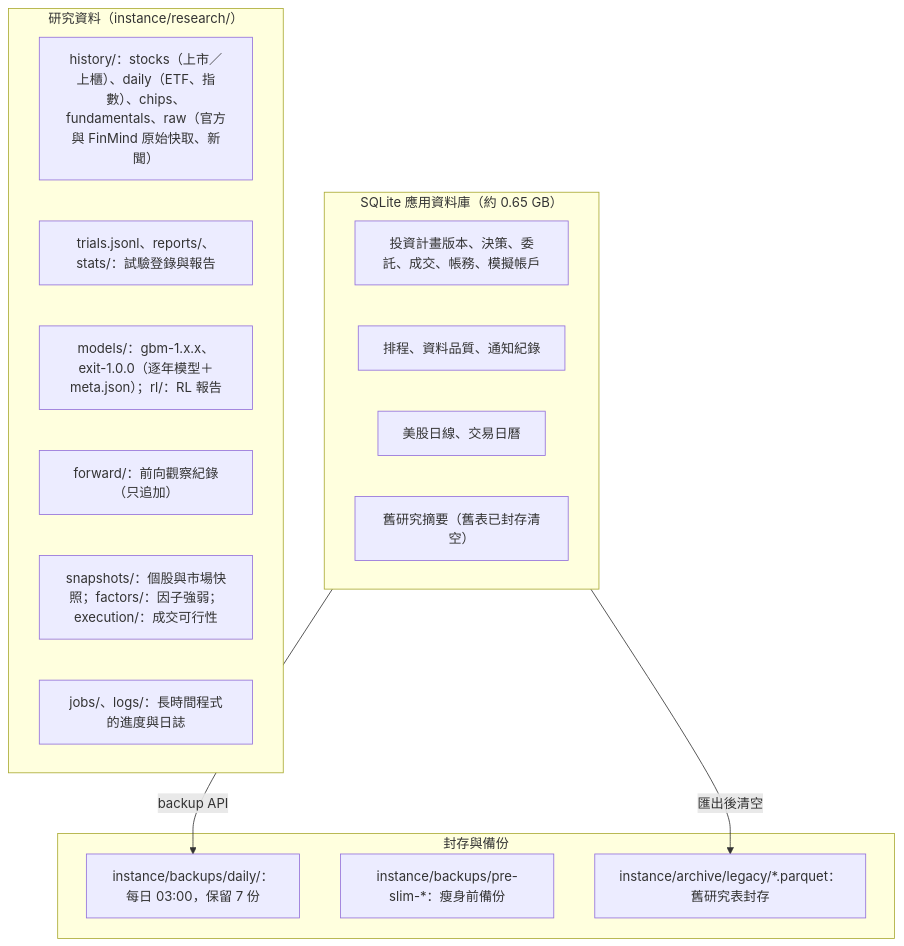
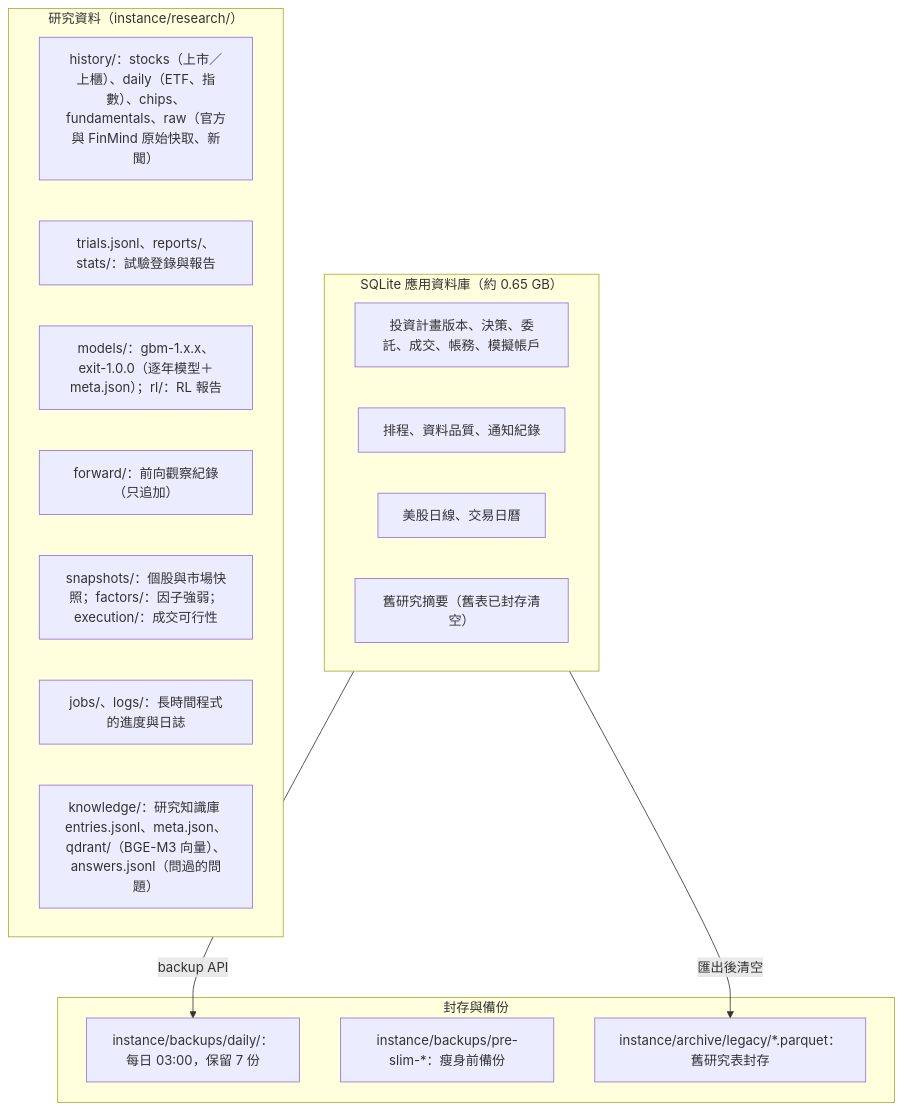
Before and after one commit to ryan73093/StockResearch: the fifth of 7 diagrams in docs/system_architecture.md, drawn with Mermaid. The commit also changed other lines of this file and 6 other files, not shown here.

Commit message:
LLM trader account shows the reasons the model wrote; knowledge base on the status table; worker finds the BGE-M3 folder from a relative root; architecture doc

````diff
--- a/docs/system_architecture.md
+++ b/docs/system_architecture.md
@@ -164,24 +166,25 @@
 ```mermaid
 flowchart TB
     subgraph SQLITE["SQLite 應用資料庫（約 0.65 GB）"]
       PLANS[投資計畫版本、決策、委託、成交、帳務、模擬帳戶]
       RUNS[排程、資料品質、通知紀錄]
       US[美股日線、交易日曆]
       OLDSUM[舊研究摘要（舊表已封存清空）]
     end
     subgraph FILES["研究資料（instance/research/）"]
       HIST["history/：stocks（上市／上櫃）、daily（ETF、指數）、chips、fundamentals、raw（官方與 FinMind 原始快取、新聞）"]
       TRIALS["trials.jsonl、reports/、stats/：試驗登錄與報告"]
       MODELS["models/：gbm-1.x.x、exit-1.0.0（逐年模型＋meta.json）；rl/：RL 報告"]
       FWDF["forward/：前向觀察紀錄（只追加）"]
       SNAP["snapshots/：個股與市場快照；factors/：因子強弱；execution/：成交可行性"]
       JOBS["jobs/、logs/：長時間程式的進度與日誌"]
+      KBF["knowledge/：研究知識庫 entries.jsonl、meta.json、qdrant/（BGE-M3 向量）、answers.jsonl（問過的問題）"]
     end
     subgraph ARCH["封存與備份"]
       BK["instance/backups/daily/：每日 03:00，保留 7 份"]
       PRE["instance/backups/pre-slim-*：瘦身前備份"]
       LEG["instance/archive/legacy/*.parquet：舊研究表封存"]
     end
     SQLITE -->|backup API| BK
     SQLITE -->|匯出後清空| LEG
 ```
````
